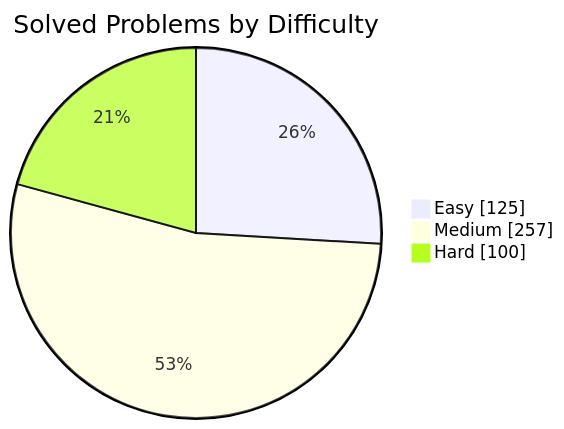
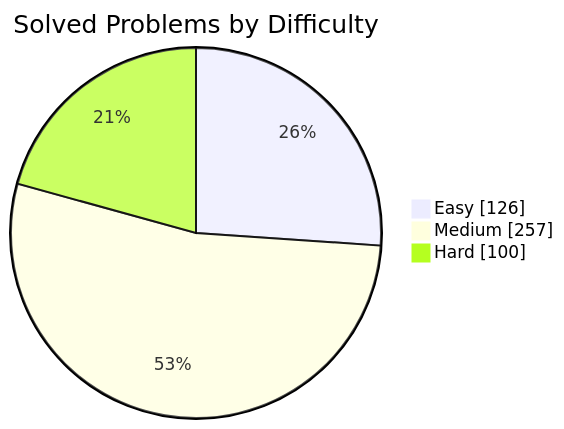
Before and after one commit to manikantbindass/DSA-Preparation-FAANG: the first of 2 diagrams in README.md, drawn with Mermaid. The commit also changed other lines of this file and 1 other file, not shown here.

````diff
--- a/README.md
+++ b/README.md
@@ -77,7 +77,7 @@
 ```mermaid
 pie showData
     title Solved Problems by Difficulty
-    "Easy" : 125
+    "Easy" : 126
     "Medium" : 257
     "Hard" : 100
 ```
````
